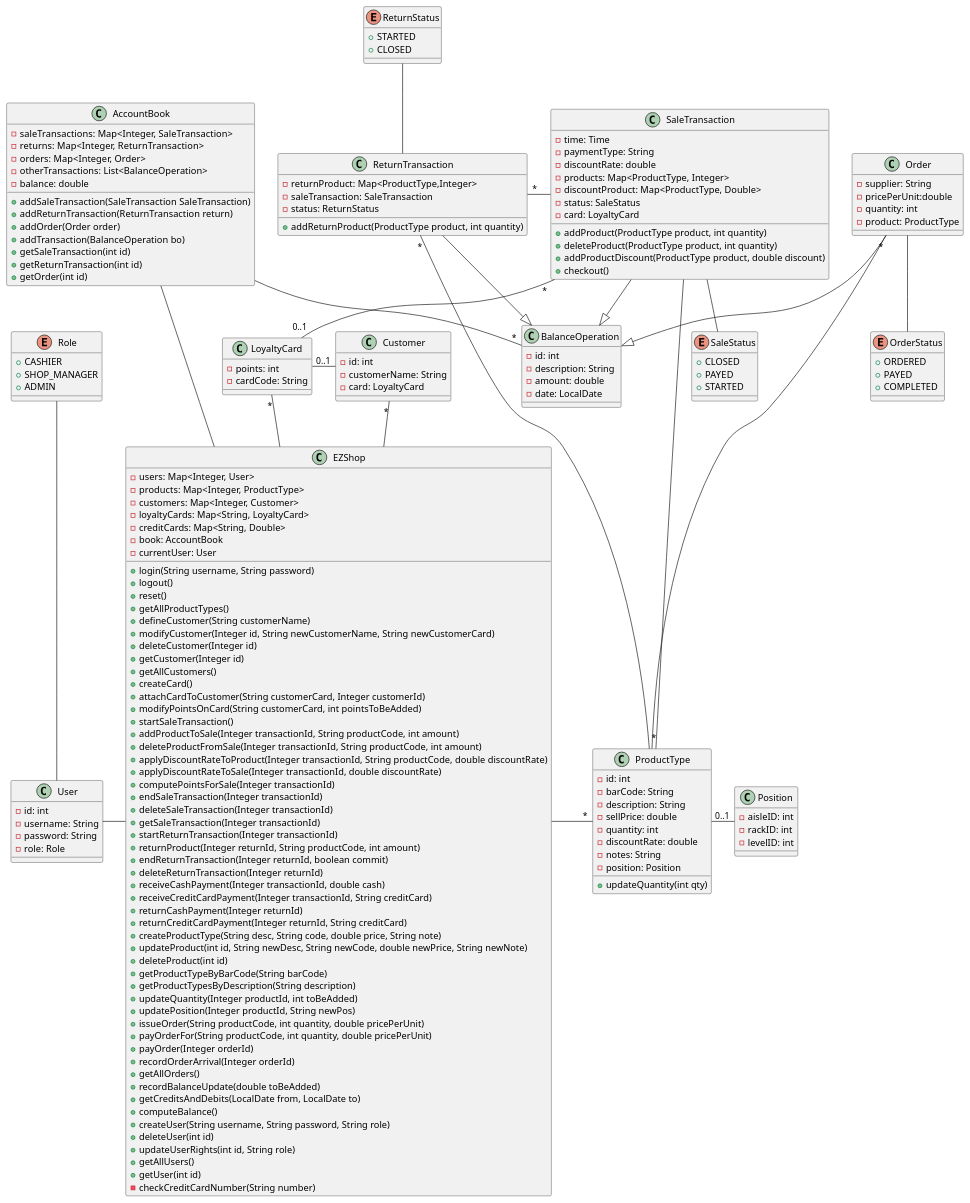
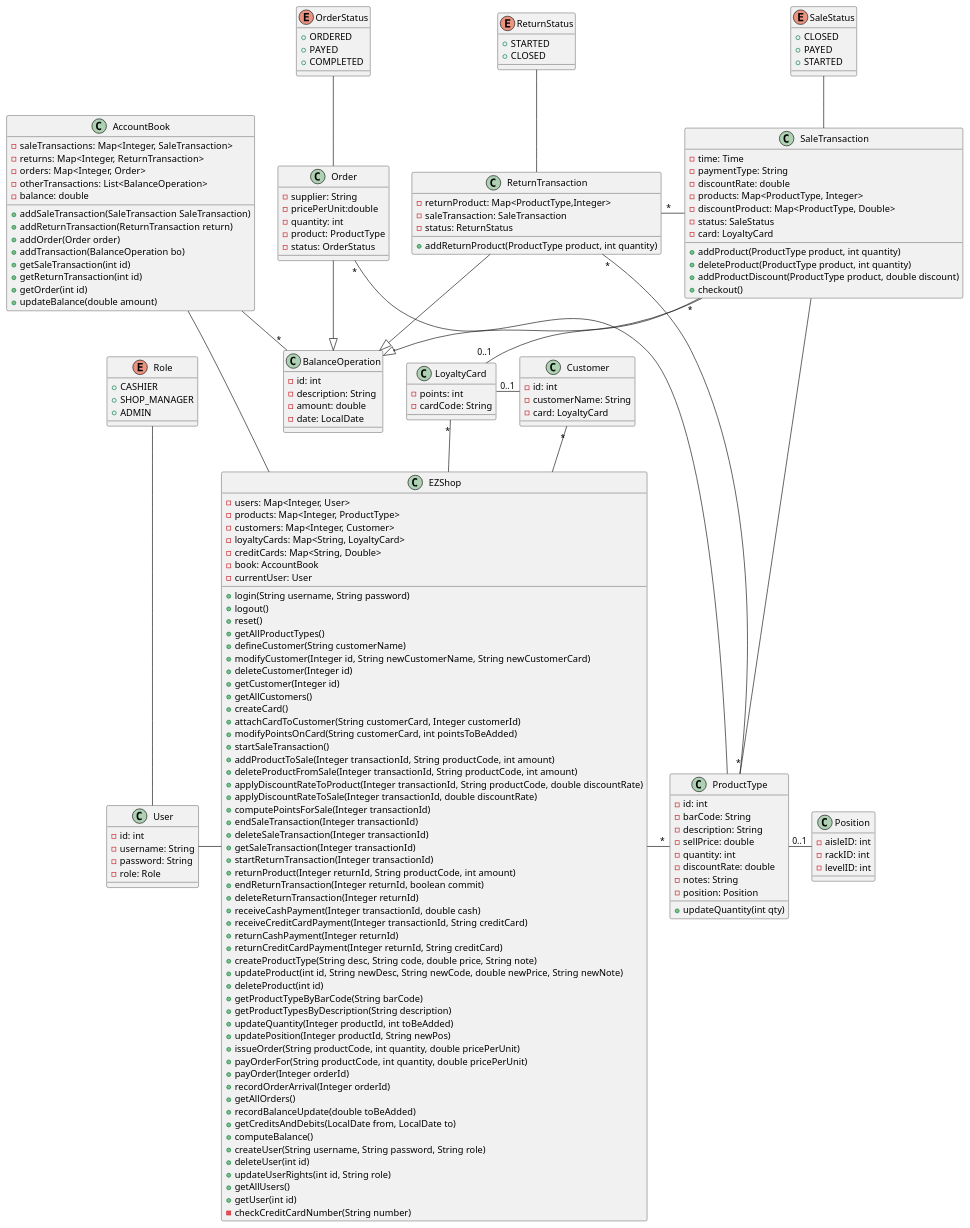
Before and after one commit to BMike10/EzShop: the second of 5 diagrams in Deliverables/DesignDocument.md, drawn with PlantUML. The commit also changed other lines of this file, not shown here.

Commit message:
doc: added sequence diagram 8.1, 3.1

```diff
--- a/Deliverables/DesignDocument.md
+++ b/Deliverables/DesignDocument.md
@@ -139,7 +139,7 @@
     + getSaleTransaction(int id)
     + getReturnTransaction(int id)
     + getOrder(int id)
-
+    + updateBalance(double amount)
 }
 AccountBook - EZShop
 class BalanceOperation {
@@ -200,7 +200,7 @@
     + PAYED
     + STARTED
 }
-SaleTransaction -- SaleStatus
+SaleStatus -- SaleTransaction 
 SaleTransaction - "*" ProductType
 
 
@@ -238,6 +238,7 @@
   -  pricePerUnit:double
   -  quantity: int
   - product: ProductType
+  - status: OrderStatus 
   ' - String status
 }
 enum OrderStatus{
@@ -246,7 +247,7 @@
     + PAYED
     + COMPLETED
 }
-Order -- OrderStatus
+OrderStatus -- Order
 Order "*" - ProductType
 
 class ReturnTransaction {
```
